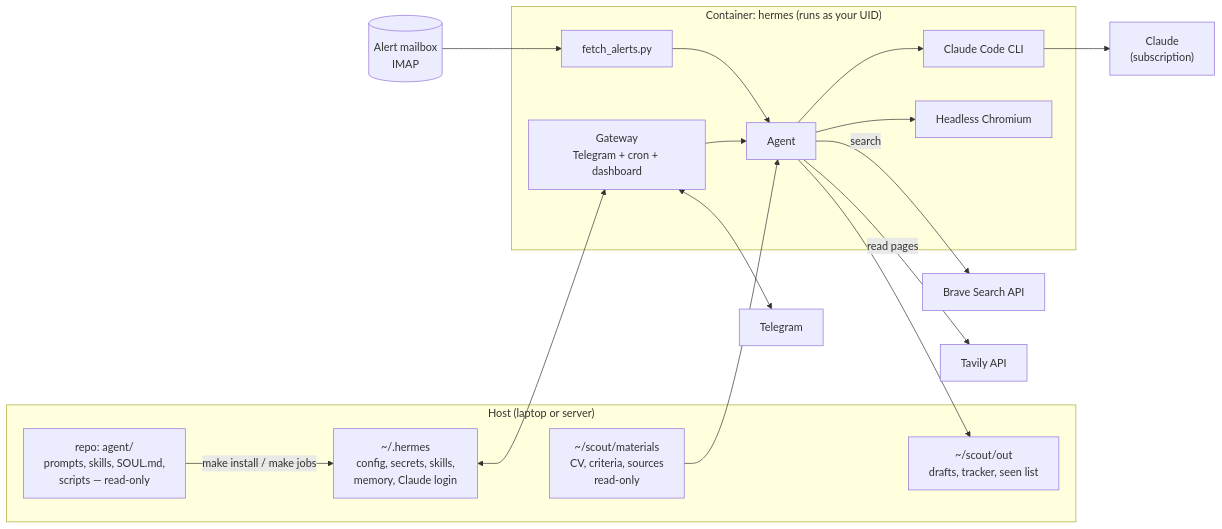
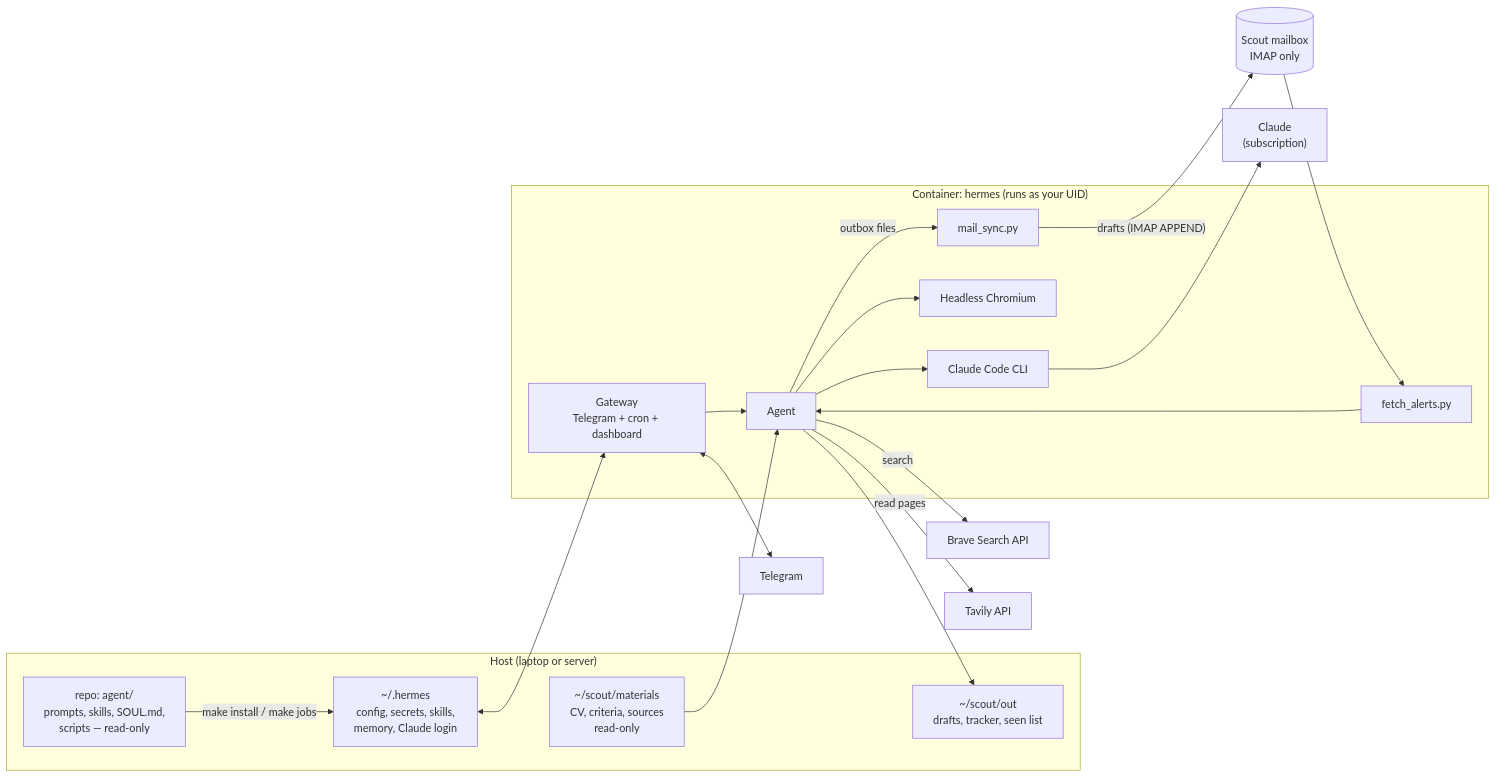
One commit to MKZuziak/HJA-HermesJobAssistant changed the diagram in docs/architecture.md. Above: the diagram before and after it, drawn with Mermaid. The commit also changed other lines of this file and 16 other files, not shown here.

First line of the commit message:
Add drafts-only scout mailbox

````diff
--- a/docs/architecture.md
+++ b/docs/architecture.md
@@ -3,29 +3,31 @@
 ```mermaid
 flowchart LR
     subgraph Host["Host (laptop or server)"]
         MAT["~/scout/materials<br/>CV, criteria, sources<br/>read-only"]
         OUT["~/scout/out<br/>drafts, tracker, seen list"]
         HD["~/.hermes<br/>config, secrets, skills,<br/>memory, Claude login"]
         AGT["repo: agent/<br/>prompts, skills, SOUL.md,<br/>scripts — read-only"]
     end
 
     subgraph C["Container: hermes (runs as your UID)"]
         GW["Gateway<br/>Telegram + cron + dashboard"]
         AG["Agent"]
         CC["Claude Code CLI"]
         BR["Headless Chromium"]
         FA["fetch_alerts.py"]
+        MS["mail_sync.py"]
     end
 
     AGT -- "make install / make jobs" --> HD
     HD <--> GW
     GW --> AG
     MAT --> AG
     AG --> OUT
     AG --> CC --> CL["Claude<br/>(subscription)"]
     AG -- search --> BRAVE["Brave Search API"]
     AG -- read pages --> TAV["Tavily API"]
     AG --> BR
-    MAIL[("Alert mailbox<br/>IMAP")] --> FA --> AG
+    MAIL[("Scout mailbox<br/>IMAP only")] --> FA --> AG
+    AG -- "outbox files" --> MS -- "drafts (IMAP APPEND)" --> MAIL
     GW <--> TG["Telegram"]
 ```
````
